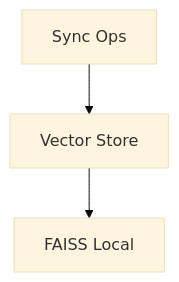
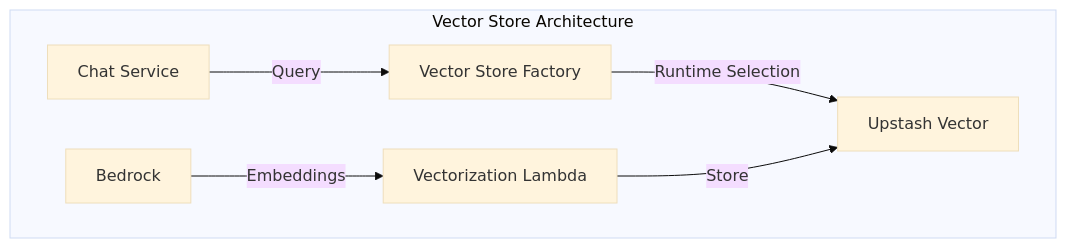
One commit to laialex501/lorechat-container changed the third of 4 diagrams in memory-bank/techContext.md. Above: the diagram before and after it, drawn with Mermaid (base theme). The commit also changed other lines of this file and 26 other files, not shown here.

Commit message:
Use factory refactory and add upstash vector store

````diff
--- a/memory-bank/techContext.md
+++ b/memory-bank/techContext.md
@@ -52,5 +53,10 @@
 ```mermaid
 graph TD
-    A[Vector Store] --> B[FAISS Local]
-    C[Sync Ops] --> A
+    subgraph "Vector Store Architecture"
+        A[Chat Service] -->|Query| B[Vector Store Factory]
+        B -->|Runtime Selection| C[Upstash Vector]
+        
+        D[Vectorization Lambda] -->|Store| C
+        E[Bedrock] -->|Embeddings| D
+    end
 ```
````
